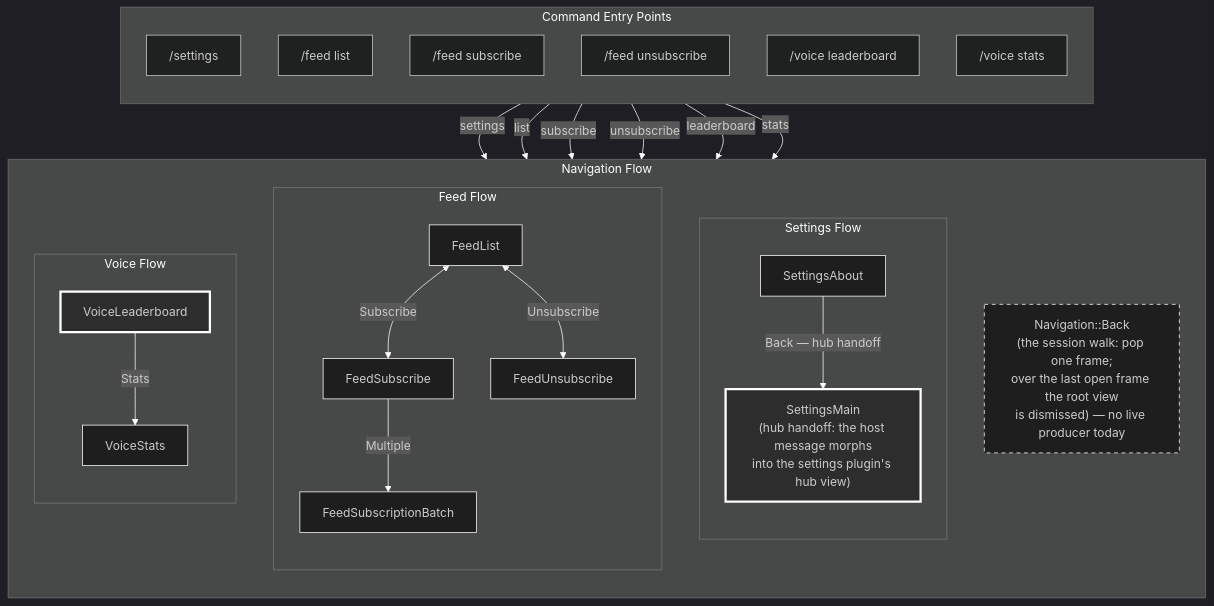
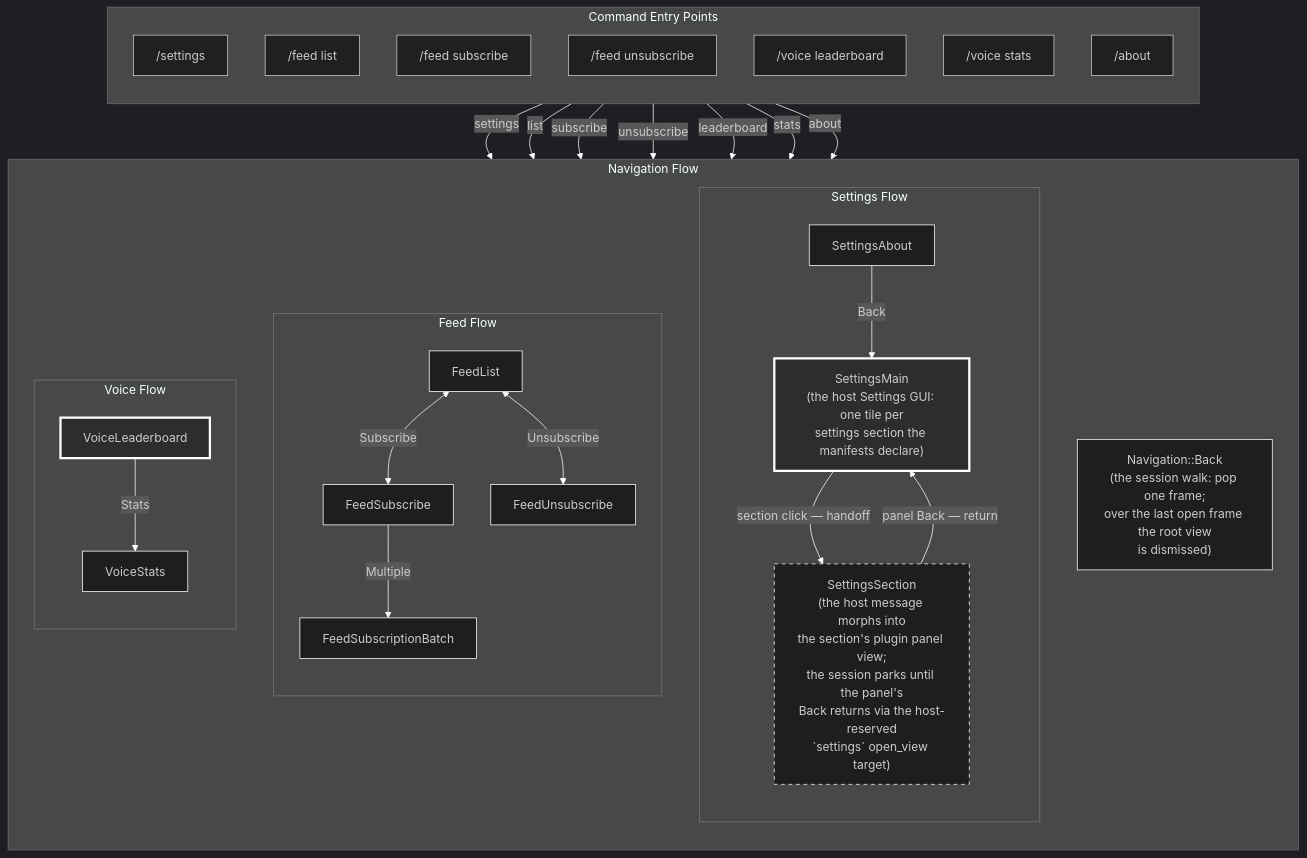
Before and after one commit to FAZuH/pwr-bot: the diagram in docs/diagrams/view-routes.mmd, drawn with Mermaid. The commit also changed 58 other files, not shown here.

First line of the commit message:
feat(plugin): host Settings capability, raw sends, retire the hub plugin

```diff
--- a/docs/diagrams/view-routes.mmd
+++ b/docs/diagrams/view-routes.mmd
@@ -1,75 +1,80 @@
 %%{init: {
   'theme': 'dark',
   'themeVariables': {
     'primaryColor': '#1e1e1e',
     'primaryTextColor': '#ffffff',
     'primaryBorderColor': '#ffffff',
     'lineColor': '#ffffff',
     'secondaryColor': '#2d2d2d',
     'tertiaryColor': '#1e1e1e',
     'noteBkgColor': '#2d2d2d',
     'noteTextColor': '#ffffff',
     'noteBorderColor': '#ffffff'
   }
 }}%%
 graph TB
     subgraph Commands["Command Entry Points"]
         direction TB
         SettingsCmd["/settings"]
         FeedListCmd["/feed list"]
         FeedSubCmd["/feed subscribe"]
         FeedUnsubCmd["/feed unsubscribe"]
         VoiceLBCmd["/voice leaderboard"]
         VoiceStatsCmd["/voice stats"]
+        AboutCmd["/about"]
     end
-    
+
     subgraph Navigation["Navigation Flow"]
         direction TB
-        
+
         subgraph SettingsFlow["Settings Flow"]
             direction TB
-            SettingsMain["SettingsMain<br/>(hub handoff: the host message morphs<br/>into the settings plugin's hub view)"]
+            SettingsMain["SettingsMain<br/>(the host Settings GUI: one tile per<br/>settings section the manifests declare)"]
             SettingsAbout["SettingsAbout"]
 
-            SettingsAbout -->|"Back — hub handoff"| SettingsMain
+            SettingsAbout -->|"Back"| SettingsMain
+            SettingsMain -->|"section click — handoff"| SectionHandoff["SettingsSection<br/>(the host message morphs into<br/>the section's plugin panel view;<br/>the session parks until the panel's<br/>Back returns via the host-reserved<br/>`settings` open_view target)"]
+            SectionHandoff -->|"panel Back — return"| SettingsMain
         end
-        
+
         subgraph FeedFlow["Feed Flow"]
             direction TB
             FeedList["FeedList"]
             FeedSubscribe["FeedSubscribe"]
             FeedUnsubscribe["FeedUnsubscribe"]
             FeedBatch["FeedSubscriptionBatch"]
-            
+
             FeedList <-->|Subscribe| FeedSubscribe
             FeedList <-->|Unsubscribe| FeedUnsubscribe
             FeedSubscribe -->|Multiple| FeedBatch
         end
-        
+
         subgraph VoiceFlow["Voice Flow"]
             direction TB
             VoiceLeaderboard["VoiceLeaderboard"]
             VoiceStats["VoiceStats"]
-            
+
             VoiceLeaderboard -->|Stats| VoiceStats
         end
 
-        Back["Navigation::Back<br/>(the session walk: pop one frame;<br/>over the last open frame the root view<br/>is dismissed) — no live producer today"]
+        Back["Navigation::Back<br/>(the session walk: pop one frame;<br/>over the last open frame the root view<br/>is dismissed)"]
     end
-    
+
     Commands -->|settings| SettingsMain
     Commands -->|list| FeedList
     Commands -->|subscribe| FeedSubscribe
     Commands -->|unsubscribe| FeedUnsubscribe
     Commands -->|leaderboard| VoiceLeaderboard
     Commands -->|stats| VoiceStats
-    
+    Commands -->|about| SettingsAbout
+
     style SettingsMain fill:#2d2d2d,stroke:#ffffff,stroke-width:3px
+    style SectionHandoff fill:#1e1e1e,stroke:#ffffff,stroke-dasharray: 5 5
     style SettingsAbout fill:#1e1e1e,stroke:#ffffff
     style FeedList fill:#1e1e1e,stroke:#ffffff
     style FeedSubscribe fill:#1e1e1e,stroke:#ffffff
     style FeedUnsubscribe fill:#1e1e1e,stroke:#ffffff
     style FeedBatch fill:#1e1e1e,stroke:#ffffff
     style VoiceLeaderboard fill:#2d2d2d,stroke:#ffffff,stroke-width:3px
     style VoiceStats fill:#1e1e1e,stroke:#ffffff
-    style Back fill:#1e1e1e,stroke:#ffffff,stroke-dasharray: 5 5
+    style Back fill:#1e1e1e,stroke:#ffffff
```
